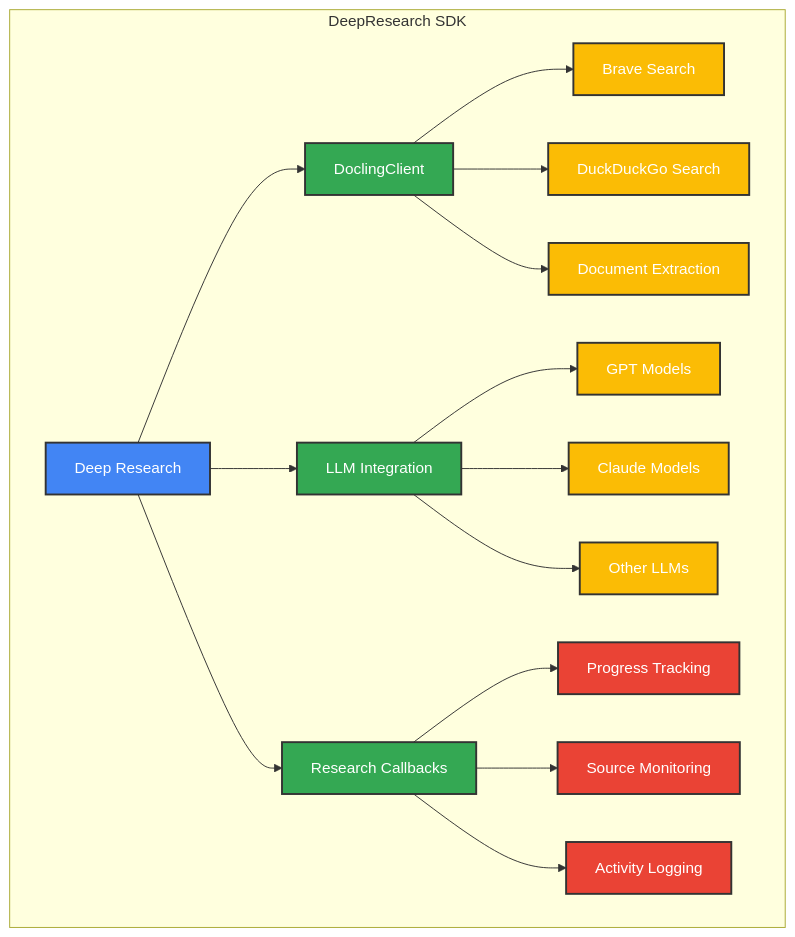
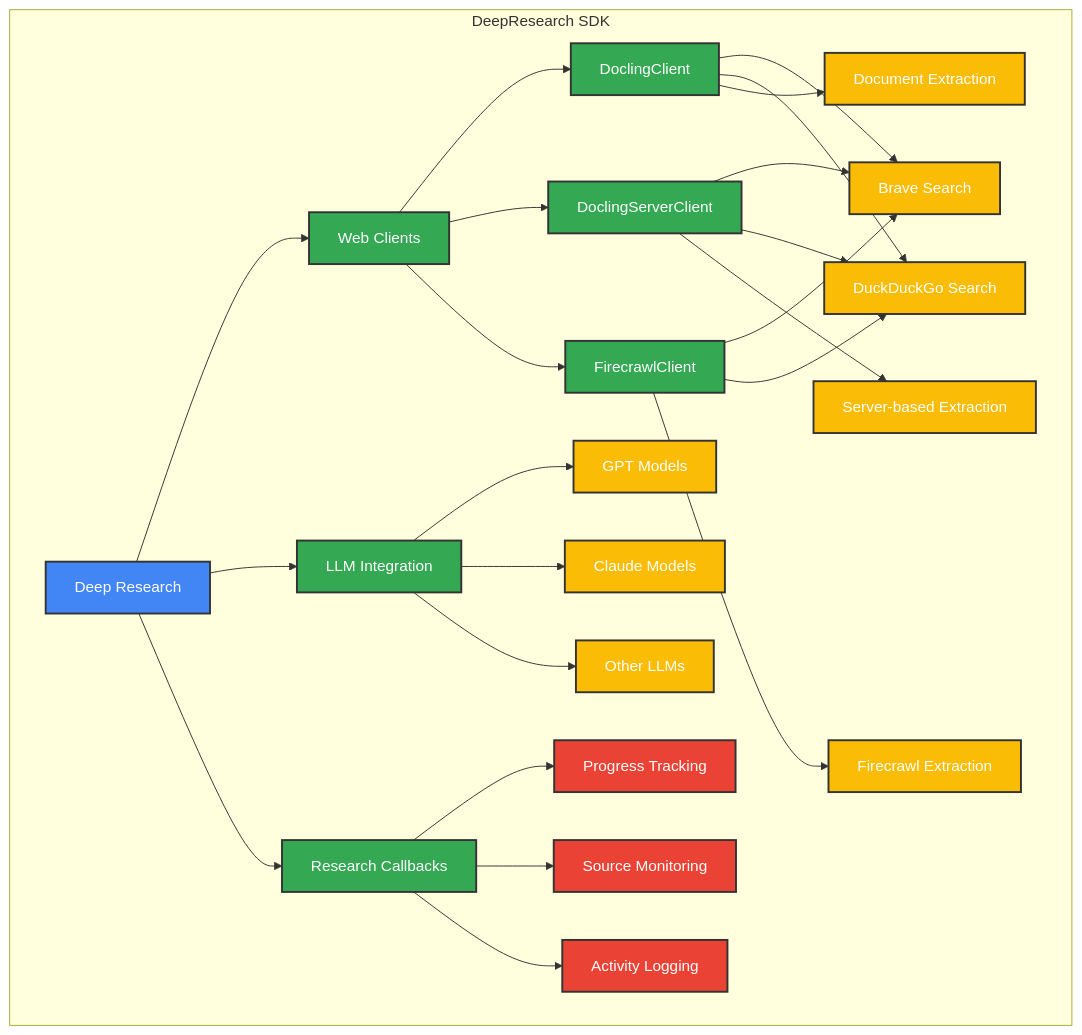
One commit to Rishang/deep-research changed the first of 2 diagrams in README.md. Above: the diagram before and after it, drawn with Mermaid. The commit also changed other lines of this file and 16 other files, not shown here.

````diff
--- a/README.md
+++ b/README.md
@@ -24,30 +24,43 @@
 ```mermaid
 graph TD
     subgraph "DeepResearch SDK"
-        A[Deep Research] --> B[DoclingClient]
+        A[Deep Research] --> W[Web Clients]
         A --> C[LLM Integration]
         A --> D[Research Callbacks]
 
-        B --> E[Brave Search]
-        B --> F[DuckDuckGo Search]
-        B --> G[Document Extraction]
+        W --> B1[DoclingClient]
+        W --> B2[DoclingServerClient]
+        W --> B3[FirecrawlClient]
+
+        B1 --> E[Brave Search]
+        B1 --> F[DuckDuckGo Search]
+        B1 --> G[Document Extraction]
+
+        B2 --> E
+        B2 --> F
+        B2 --> G2[Server-based Extraction]
+
+        B3 --> E
+        B3 --> F
+        B3 --> G3[Firecrawl Extraction]
 
         C --> H[GPT Models]
         C --> I[Claude Models]
         C --> J[Other LLMs]
 
         D --> K[Progress Tracking]
         D --> L[Source Monitoring]
         D --> M[Activity Logging]
     end
 
     classDef primary fill:#4285F4,stroke:#333,stroke-width:2px,color:white
     classDef secondary fill:#34A853,stroke:#333,stroke-width:2px,color:white
     classDef tertiary fill:#FBBC05,stroke:#333,stroke-width:2px,color:white
     classDef quaternary fill:#EA4335,stroke:#333,stroke-width:2px,color:white
 
     class A primary
-    class B,C,D secondary
-    class E,F,G,H,I,J tertiary
+    class W,C,D secondary
+    class B1,B2,B3 secondary
+    class E,F,G,G2,G3,H,I,J tertiary
     class K,L,M quaternary
 ```
````
